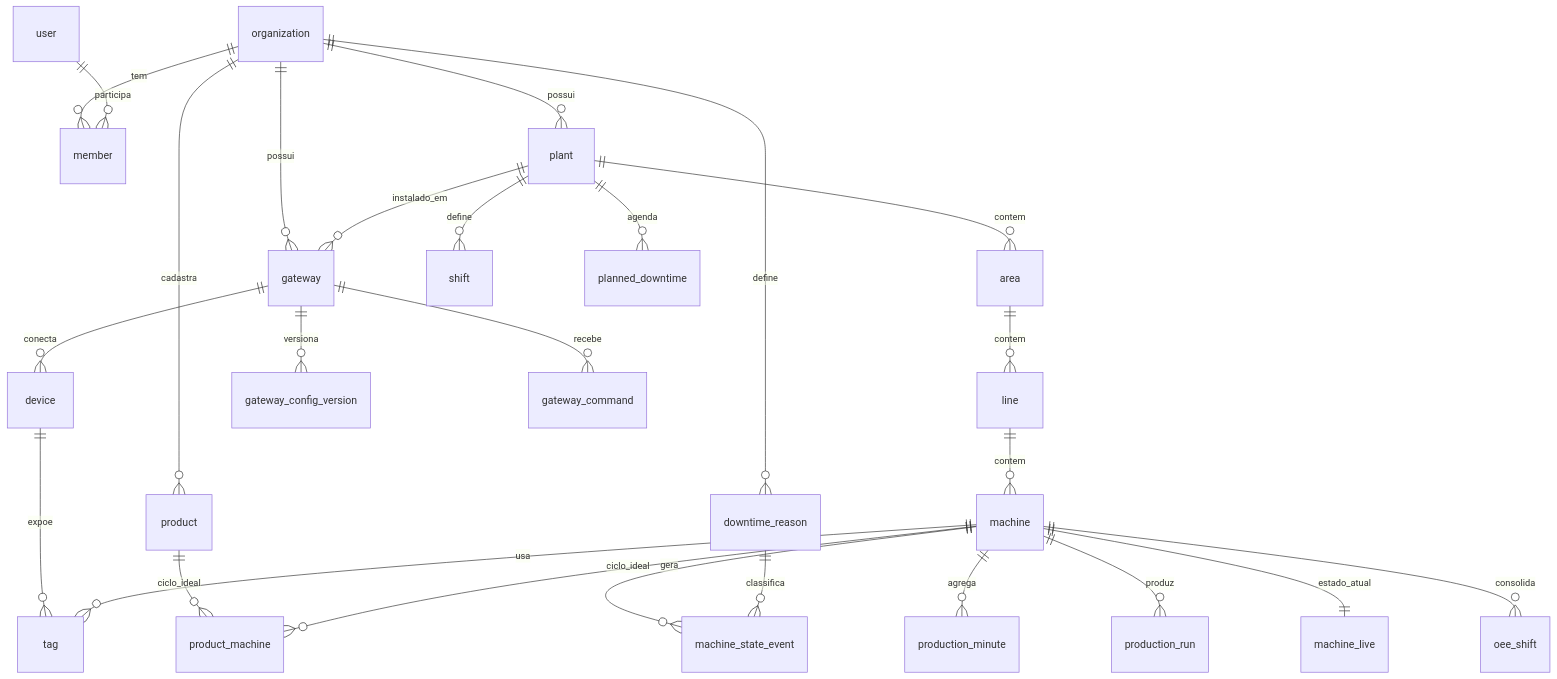
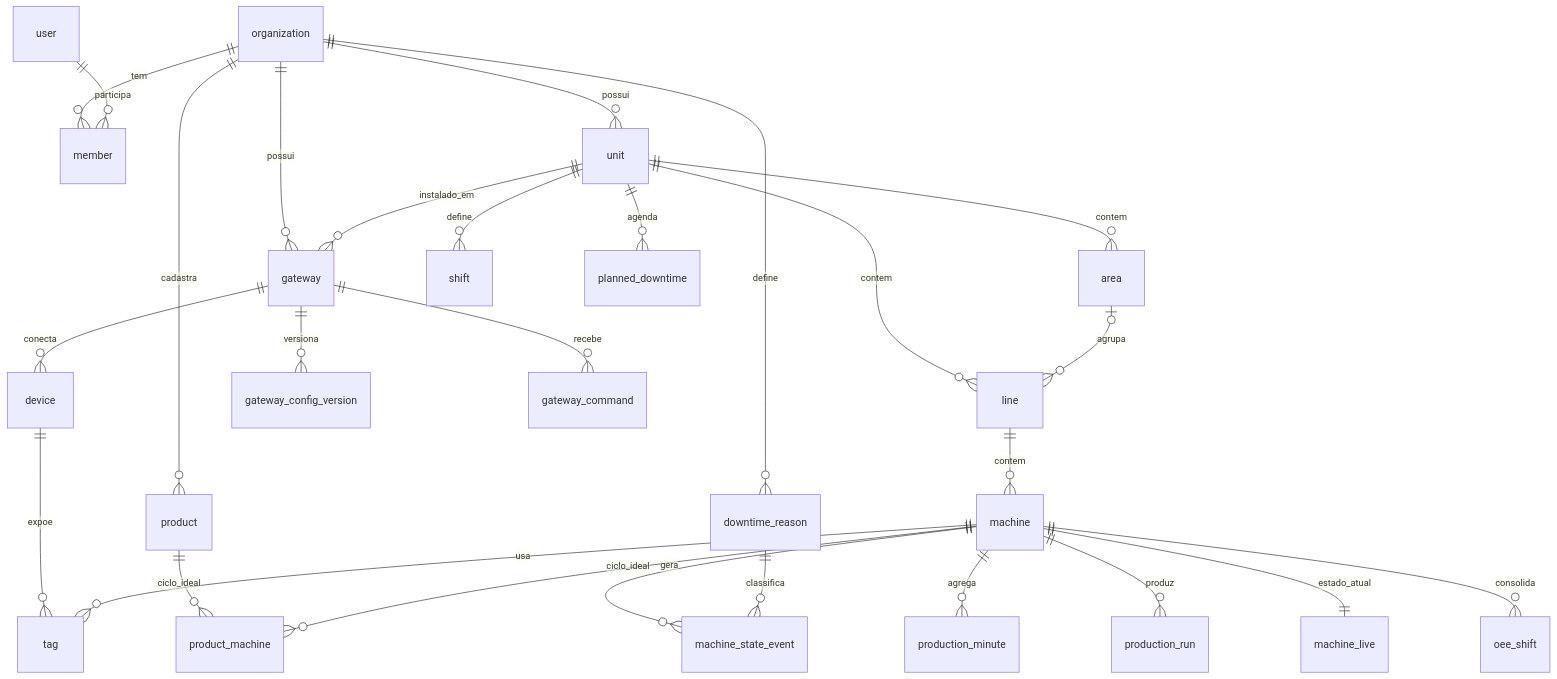
The diagram in docs/06-banco-de-dados.md (EngemaseAutomacao/Engemase-OEE), drawn with Mermaid before and after one commit. The commit also changed other lines of this file and 12 other files, not shown here.

````diff
--- a/docs/06-banco-de-dados.md
+++ b/docs/06-banco-de-dados.md
@@ -54,28 +54,29 @@
 ```mermaid
 erDiagram
   organization ||--o{ member : tem
   user ||--o{ member : participa
-  organization ||--o{ plant : possui
-  plant ||--o{ area : contem
-  area ||--o{ line : contem
+  organization ||--o{ unit : possui
+  unit ||--o{ area : contem
+  unit ||--o{ line : contem
+  area |o--o{ line : agrupa
   line ||--o{ machine : contem
   organization ||--o{ gateway : possui
-  plant ||--o{ gateway : instalado_em
+  unit ||--o{ gateway : instalado_em
   gateway ||--o{ device : conecta
   device ||--o{ tag : expoe
   machine ||--o{ tag : usa
   gateway ||--o{ gateway_config_version : versiona
   gateway ||--o{ gateway_command : recebe
   organization ||--o{ product : cadastra
   product ||--o{ product_machine : ciclo_ideal
   machine ||--o{ product_machine : ciclo_ideal
-  plant ||--o{ shift : define
-  plant ||--o{ planned_downtime : agenda
+  unit ||--o{ shift : define
+  unit ||--o{ planned_downtime : agenda
   organization ||--o{ downtime_reason : define
   machine ||--o{ machine_state_event : gera
   downtime_reason ||--o{ machine_state_event : classifica
   machine ||--o{ production_minute : agrega
   machine ||--o{ production_run : produz
   machine ||--|| machine_live : estado_atual
   machine ||--o{ oee_shift : consolida
 ```
````
